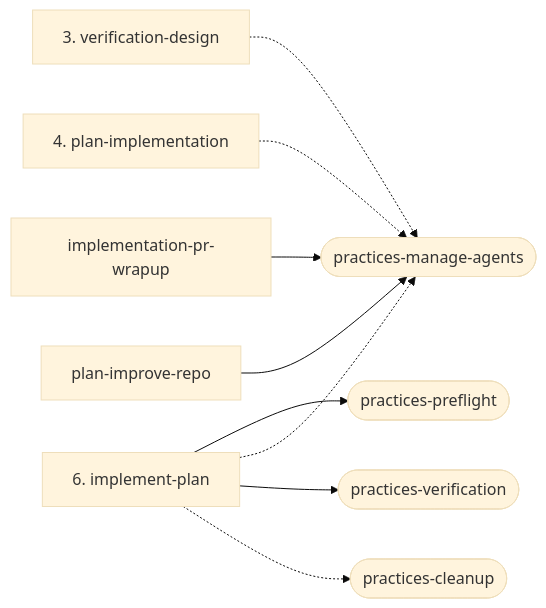
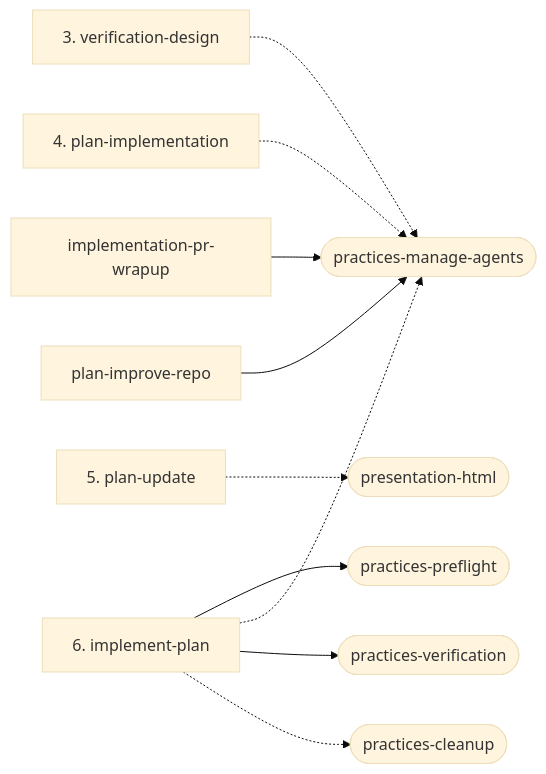
Before and after one commit to ShravanSunder/sunstack: the fourth of 4 diagrams in plugins/sunstack-dev/docs/phase-composition.md, drawn with Mermaid (base theme). The commit also changed other lines of this file and 2 other files, not shown here.

First line of the commit message:
fix(plan-update): refresh the owner's plan page after a superseding plan (I2)

````diff
--- a/plugins/sunstack-dev/docs/phase-composition.md
+++ b/plugins/sunstack-dev/docs/phase-composition.md
@@ -117,11 +118,12 @@
 ```mermaid
 flowchart LR
   verification_design["3. verification-design"] -.-> practices_manage_agents(["practices-manage-agents"])
   plan_implementation["4. plan-implementation"] -.-> practices_manage_agents(["practices-manage-agents"])
+  plan_update["5. plan-update"] -.-> presentation_html(["presentation-html"])
   implement_plan["6. implement-plan"] --> practices_preflight(["practices-preflight"])
   implement_plan["6. implement-plan"] -.-> practices_manage_agents(["practices-manage-agents"])
   implement_plan["6. implement-plan"] --> practices_verification(["practices-verification"])
   implement_plan["6. implement-plan"] -.-> practices_cleanup(["practices-cleanup"])
   implementation_pr_wrapup["implementation-pr-wrapup"] --> practices_manage_agents(["practices-manage-agents"])
   plan_improve_repo["plan-improve-repo"] --> practices_manage_agents(["practices-manage-agents"])
 ```
````
